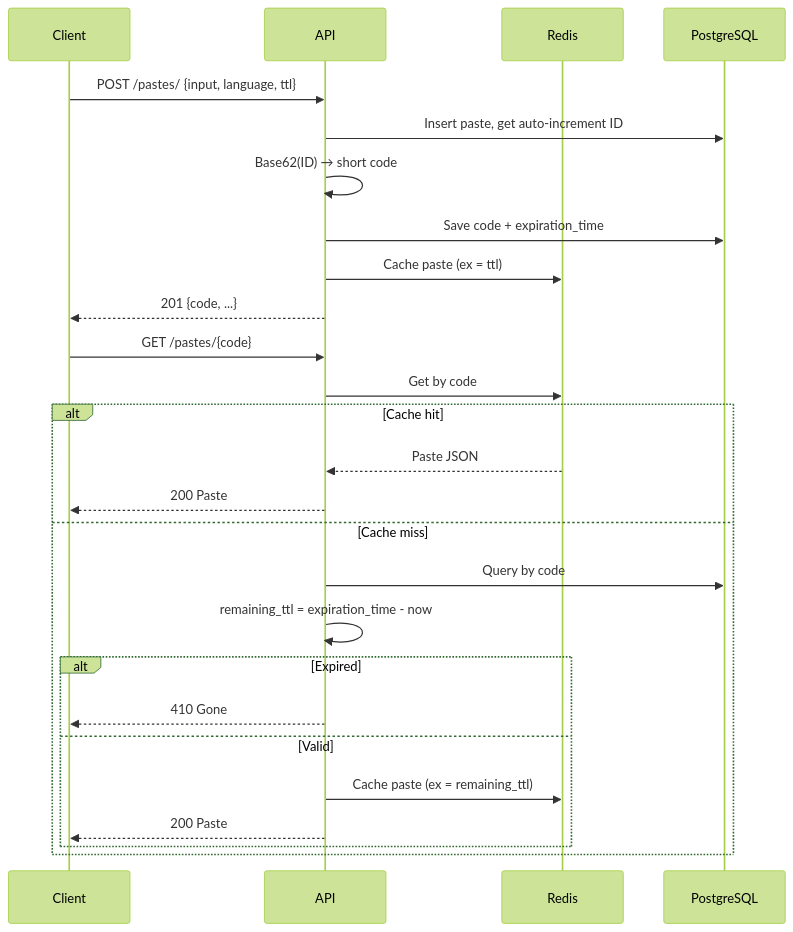
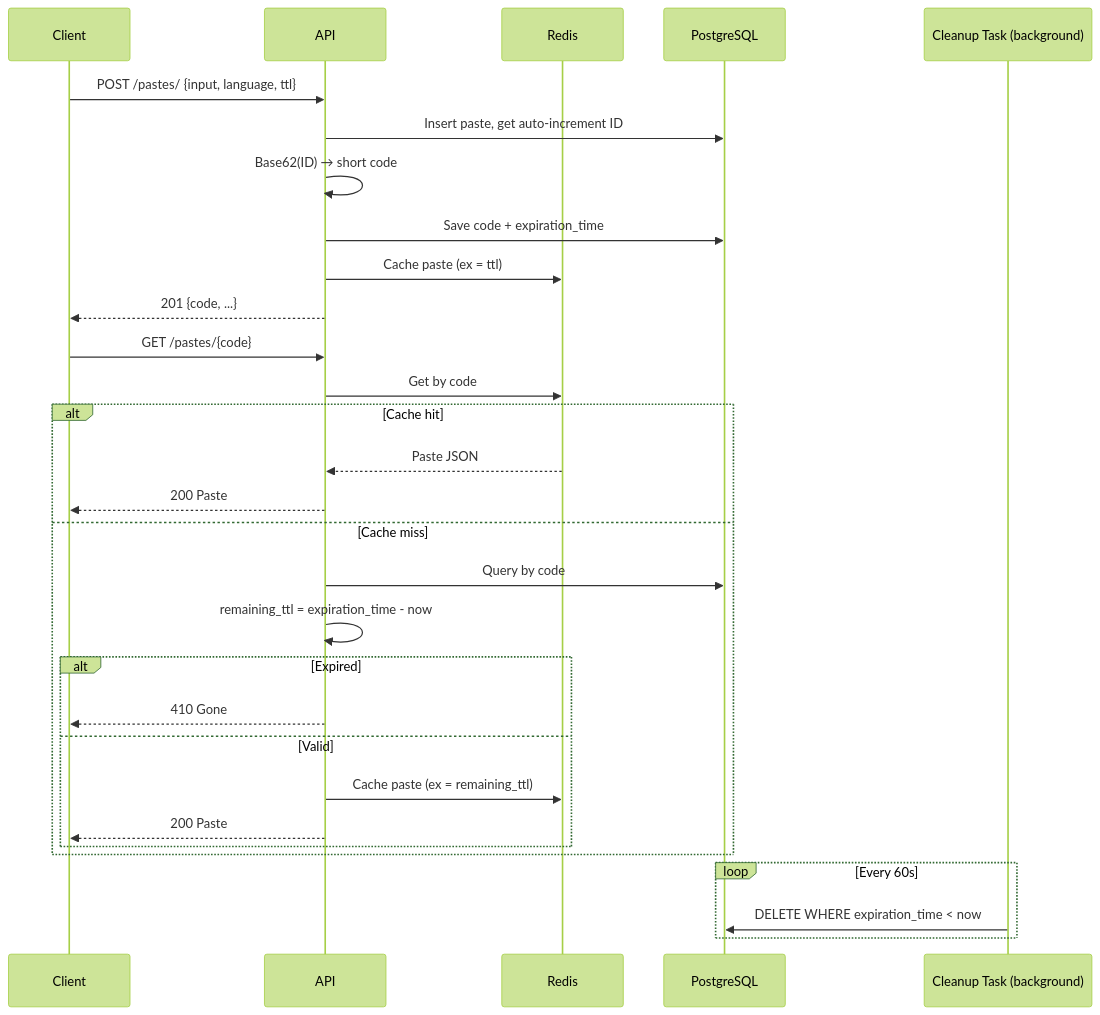
Before and after one commit to hamzzgab/paste-bin: the diagram in docs/ARCHITECTURE.md, drawn with Mermaid (forest theme). The commit also changed other lines of this file and 1 other file, not shown here.

````diff
--- a/docs/ARCHITECTURE.md
+++ b/docs/ARCHITECTURE.md
@@ -14,30 +14,35 @@
 ```mermaid
 sequenceDiagram
     participant Client
     participant API
     participant Redis
     participant PostgreSQL
+    participant Cleanup as Cleanup Task (background)
 
     Client->>API: POST /pastes/ {input, language, ttl}
     API->>PostgreSQL: Insert paste, get auto-increment ID
     API->>API: Base62(ID) → short code
     API->>PostgreSQL: Save code + expiration_time
     API->>Redis: Cache paste (ex = ttl)
     API-->>Client: 201 {code, ...}
 
     Client->>API: GET /pastes/{code}
     API->>Redis: Get by code
     alt Cache hit
         Redis-->>API: Paste JSON
         API-->>Client: 200 Paste
     else Cache miss
         API->>PostgreSQL: Query by code
         API->>API: remaining_ttl = expiration_time - now
         alt Expired
             API-->>Client: 410 Gone
         else Valid
             API->>Redis: Cache paste (ex = remaining_ttl)
             API-->>Client: 200 Paste
         end
     end
+
+    loop Every 60s
+        Cleanup->>PostgreSQL: DELETE WHERE expiration_time < now
+    end
 ```
````
